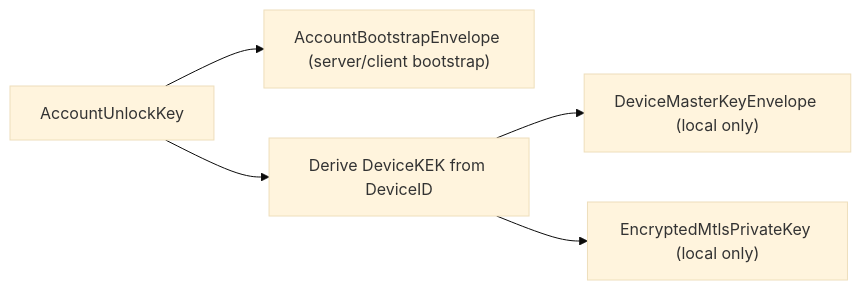
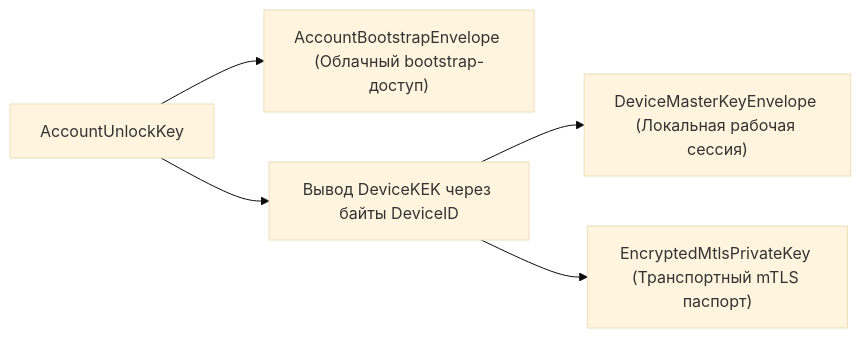
One commit to IlVin/GophKeeper changed the second of 2 diagrams in SPEC.md. Above: the diagram before and after it, drawn with Mermaid (base theme). The commit also changed other lines of this file, not shown here.

````diff
--- a/SPEC.md
+++ b/SPEC.md
@@ -190,7 +132,7 @@
 ```mermaid
 flowchart LR
-    A["AccountUnlockKey"] --> B["AccountBootstrapEnvelope (server/client bootstrap)"]
-    A --> C["Derive DeviceKEK from DeviceID"]
-    C --> D["DeviceMasterKeyEnvelope (local only)"]
-    C --> E["EncryptedMtlsPrivateKey (local only)"]
+    A["AccountUnlockKey"] --> B["AccountBootstrapEnvelope (Облачный bootstrap-доступ)"]
+    A --> C["Вывод DeviceKEK через байты DeviceID"]
+    C --> D["DeviceMasterKeyEnvelope (Локальная рабочая сессия)"]
+    C --> E["EncryptedMtlsPrivateKey (Транспортный mTLS паспорт)"]
 ```
````
